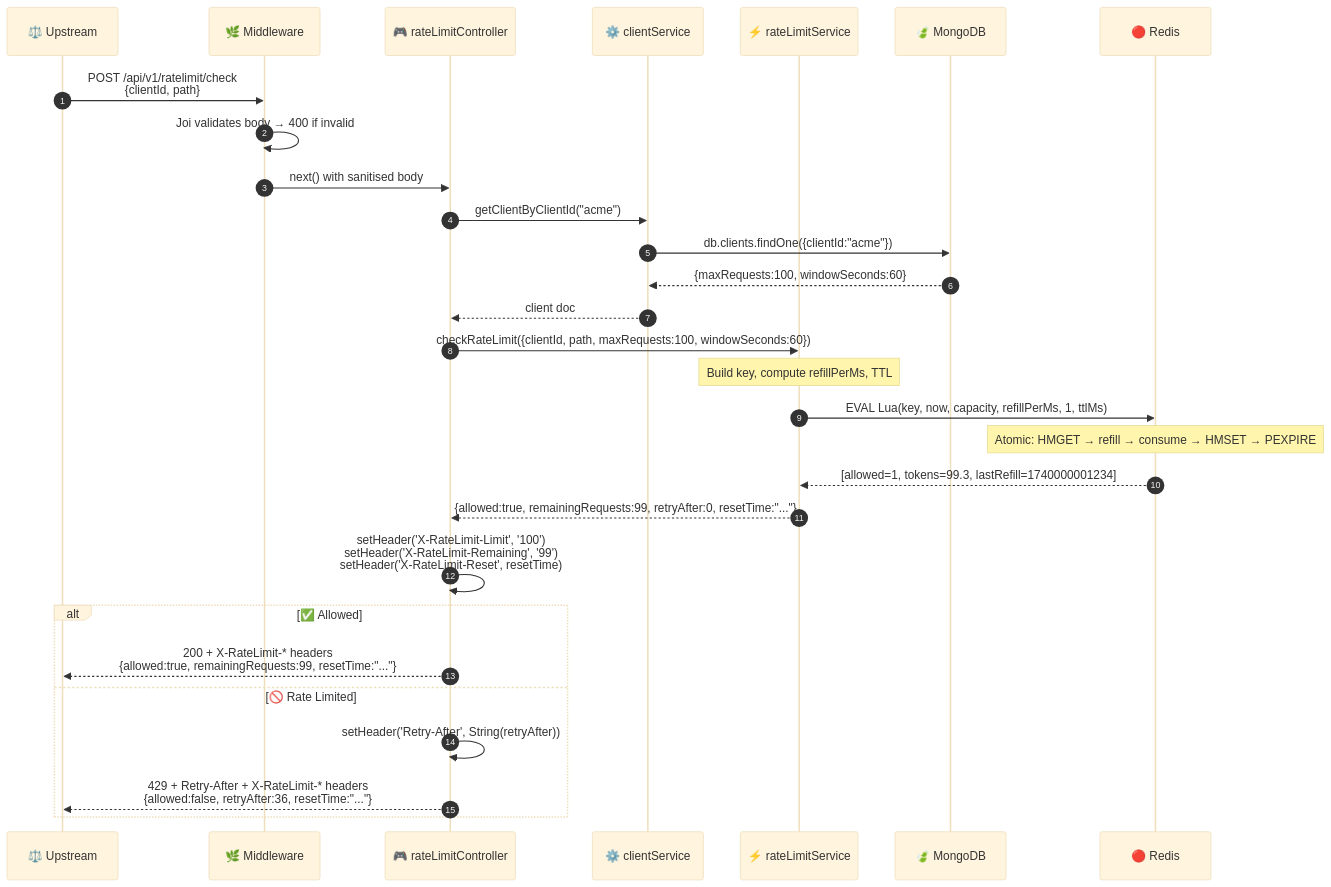
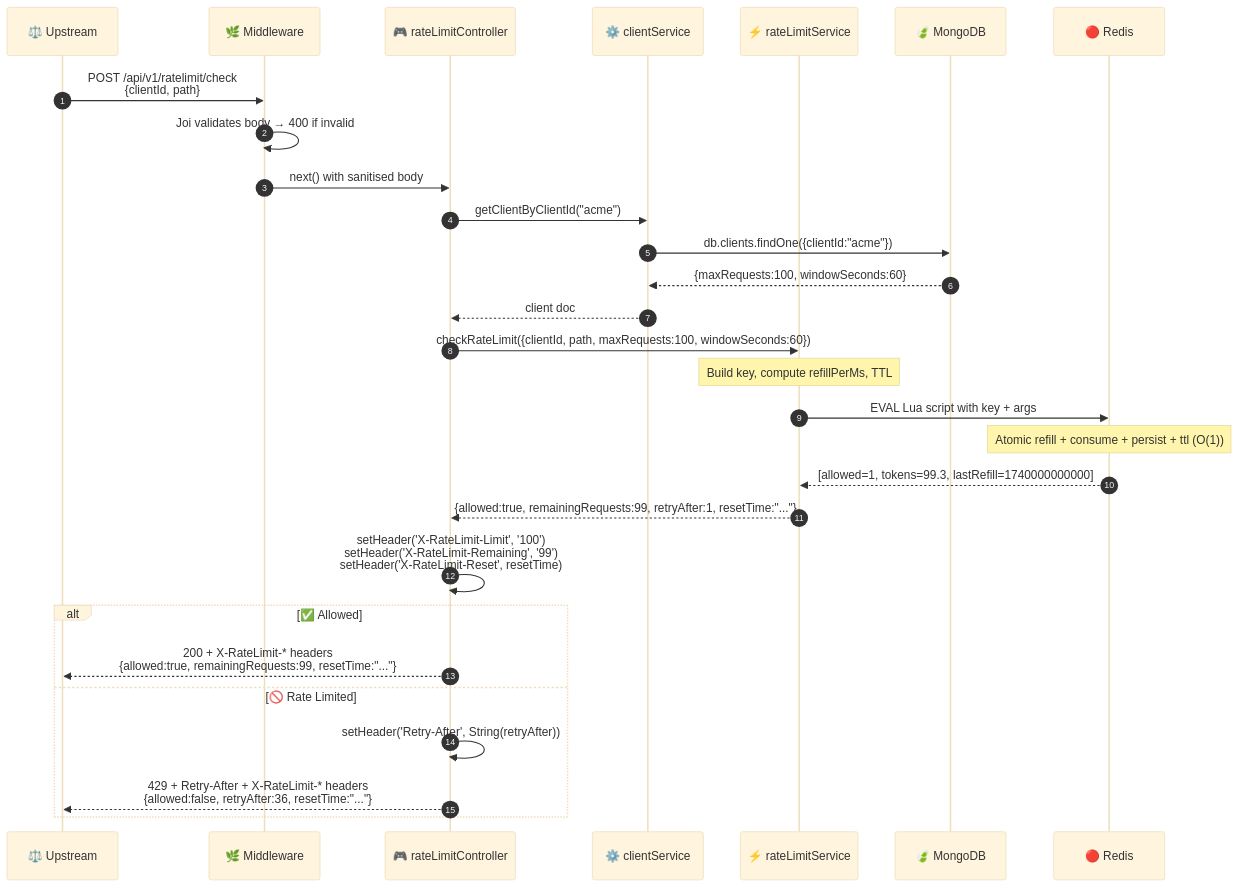
Before and after one commit to ramalokeshreddyp/RateGuard: the sixth of 17 diagrams in ARCHITECTURE.md, drawn with Mermaid (base theme). The commit also changed other lines of this file and 4 other files, not shown here.

Commit message:
Implement atomic Redis Lua rate limiting and align docs

````diff
--- a/ARCHITECTURE.md
+++ b/ARCHITECTURE.md
@@ -335,33 +313,33 @@
 ```mermaid
 sequenceDiagram
     autonumber
     participant U as ⚖️ Upstream
     participant MW as 🌿 Middleware
     participant RC as 🎮 rateLimitController
     participant CS as ⚙️ clientService
     participant RLS as ⚡ rateLimitService
     participant MDB as 🍃 MongoDB
     participant RDS as 🔴 Redis
 
     U->>MW: POST /api/v1/ratelimit/check<br/>{clientId, path}
     MW->>MW: Joi validates body → 400 if invalid
     MW->>RC: next() with sanitised body
     RC->>CS: getClientByClientId("acme")
     CS->>MDB: db.clients.findOne({clientId:"acme"})
     MDB-->>CS: {maxRequests:100, windowSeconds:60}
     CS-->>RC: client doc
     RC->>RLS: checkRateLimit({clientId, path, maxRequests:100, windowSeconds:60})
     Note over RLS: Build key, compute refillPerMs, TTL
-    RLS->>RDS: EVAL Lua(key, now, capacity, refillPerMs, 1, ttlMs)
-    Note over RDS: Atomic: HMGET → refill → consume → HMSET → PEXPIRE
-    RDS-->>RLS: [allowed=1, tokens=99.3, lastRefill=1740000001234]
-    RLS-->>RC: {allowed:true, remainingRequests:99, retryAfter:0, resetTime:"..."}
+    RLS->>RDS: EVAL Lua script with key + args
+    Note over RDS: Atomic refill + consume + persist + ttl (O(1))
+    RDS-->>RLS: [allowed=1, tokens=99.3, lastRefill=1740000000000]
+    RLS-->>RC: {allowed:true, remainingRequests:99, retryAfter:1, resetTime:"..."}
     RC->>RC: setHeader('X-RateLimit-Limit', '100')<br/>setHeader('X-RateLimit-Remaining', '99')<br/>setHeader('X-RateLimit-Reset', resetTime)
 
     alt ✅ Allowed
         RC-->>U: 200 + X-RateLimit-* headers<br/>{allowed:true, remainingRequests:99, resetTime:"..."}
     else 🚫 Rate Limited
         RC->>RC: setHeader('Retry-After', String(retryAfter))
         RC-->>U: 429 + Retry-After + X-RateLimit-* headers<br/>{allowed:false, retryAfter:36, resetTime:"..."}
     end
 ```
````
